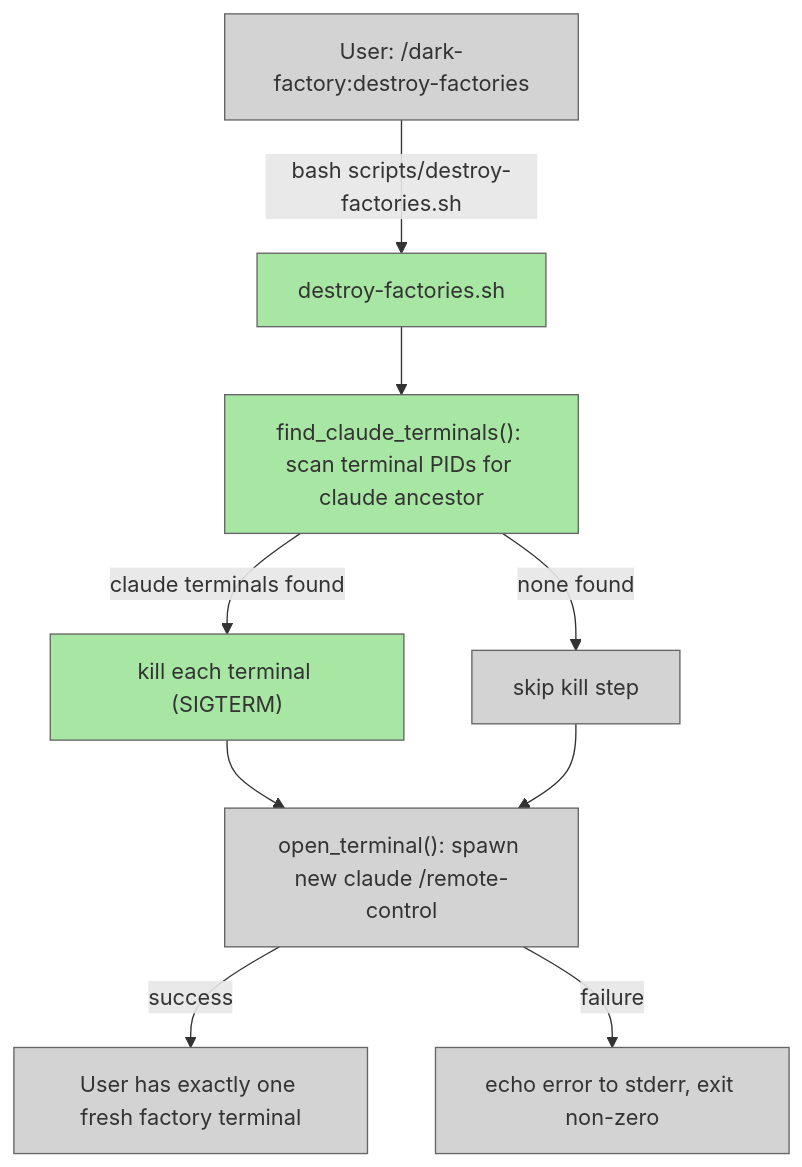
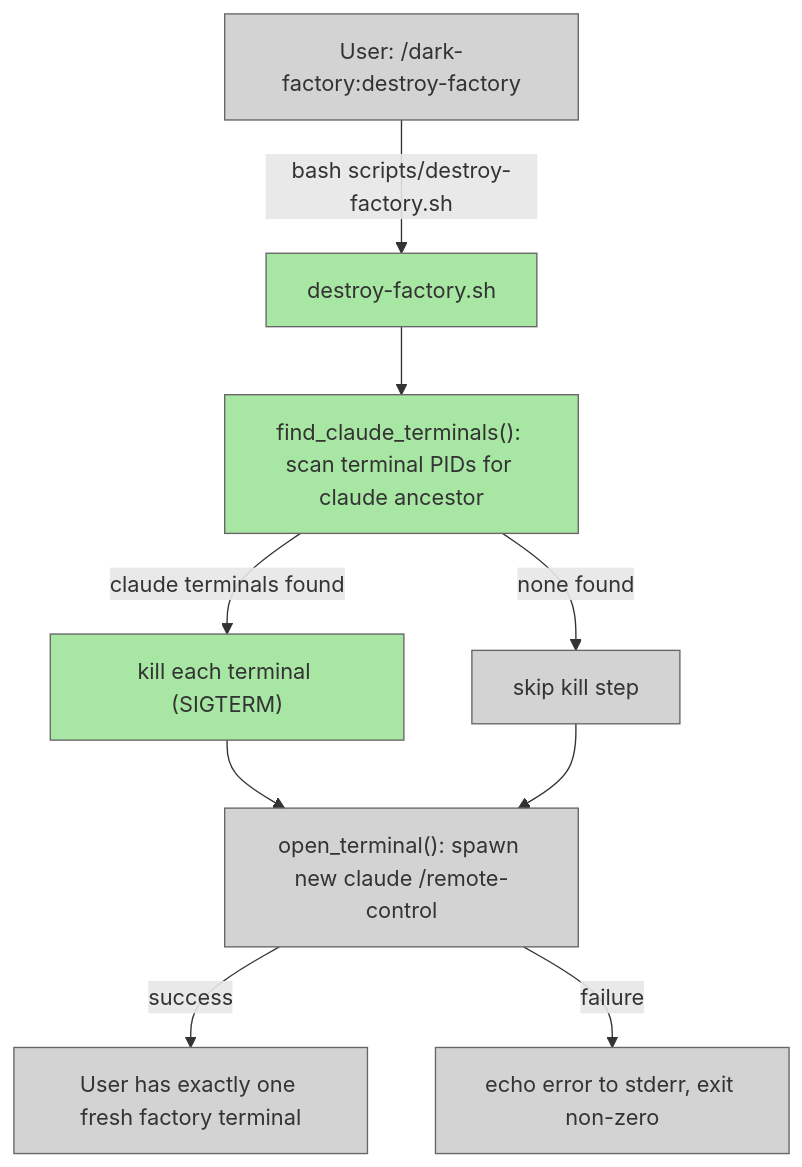
One commit to lewibs/dark-factory changed the diagram in docs/plans/2026-04-28-destroy-factories.md. Above: the diagram before and after it, drawn with Mermaid. The commit also changed other lines of this file and 11 other files, not shown here.

First line of the commit message:
refactor: rename destroy-factories command to destroy-factory (singular)

````diff
--- a/docs/plans/2026-04-28-destroy-factories.md
+++ b/docs/plans/2026-04-28-destroy-factories.md
@@ -23,14 +23,14 @@
 ```mermaid
 graph TD
-  User["User: /dark-factory:destroy-factories"]:::unchanged -->|"bash scripts/destroy-factories.sh"| Script["destroy-factories.sh"]:::created
+  User["User: /dark-factory:destroy-factory"]:::unchanged -->|"bash scripts/destroy-factory.sh"| Script["destroy-factory.sh"]:::created
   Script --> FindClaude["find_claude_terminals(): scan terminal PIDs for claude ancestor"]:::created
   FindClaude -->|"claude terminals found"| KillAll["kill each terminal (SIGTERM)"]:::created
   FindClaude -->|"none found"| SpawnOnly["skip kill step"]:::unchanged
   KillAll --> SpawnFresh["open_terminal(): spawn new claude /remote-control"]:::unchanged
   SpawnOnly --> SpawnFresh
   SpawnFresh -->|"success"| Done["User has exactly one fresh factory terminal"]:::unchanged
   SpawnFresh -->|"failure"| Error["echo error to stderr, exit non-zero"]:::unchanged
 
 classDef unchanged fill:#d3d3d3,stroke:#666,stroke-width:1px;
 classDef created fill:#a8e6a3,stroke:#666,stroke-width:1px;
 ```
````
